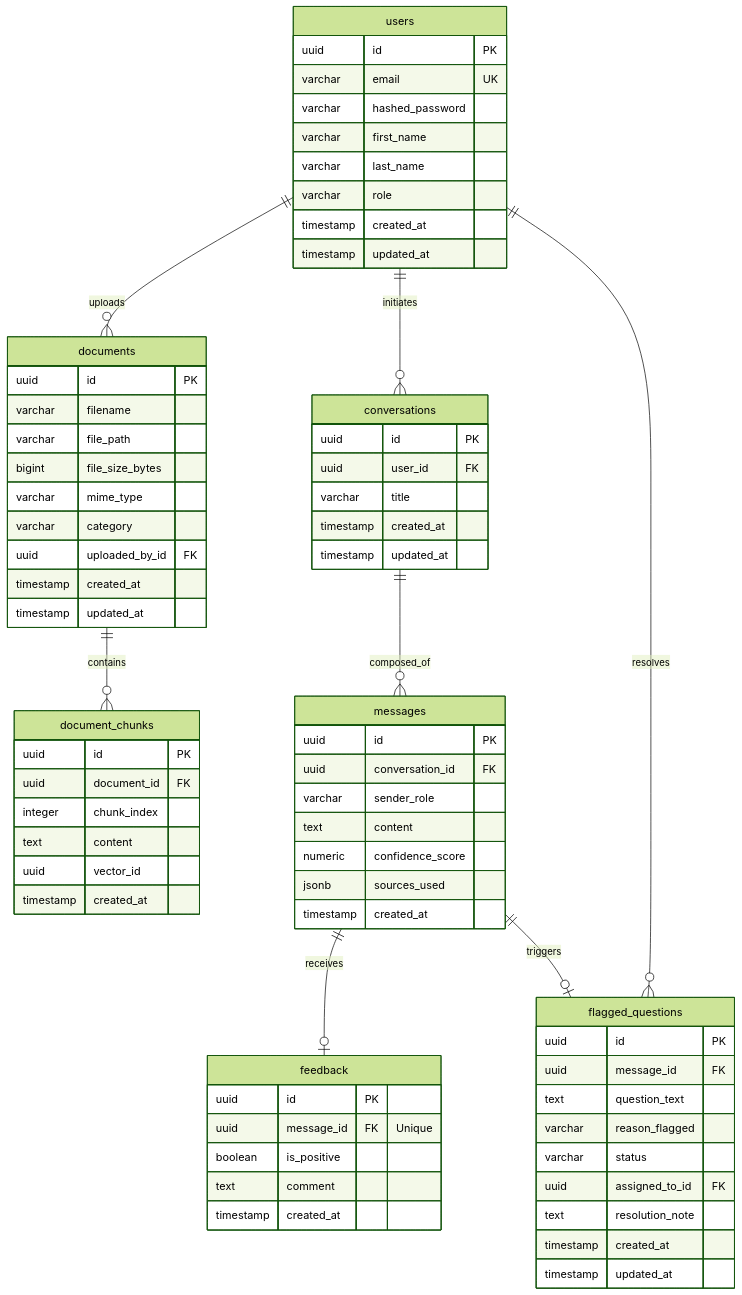
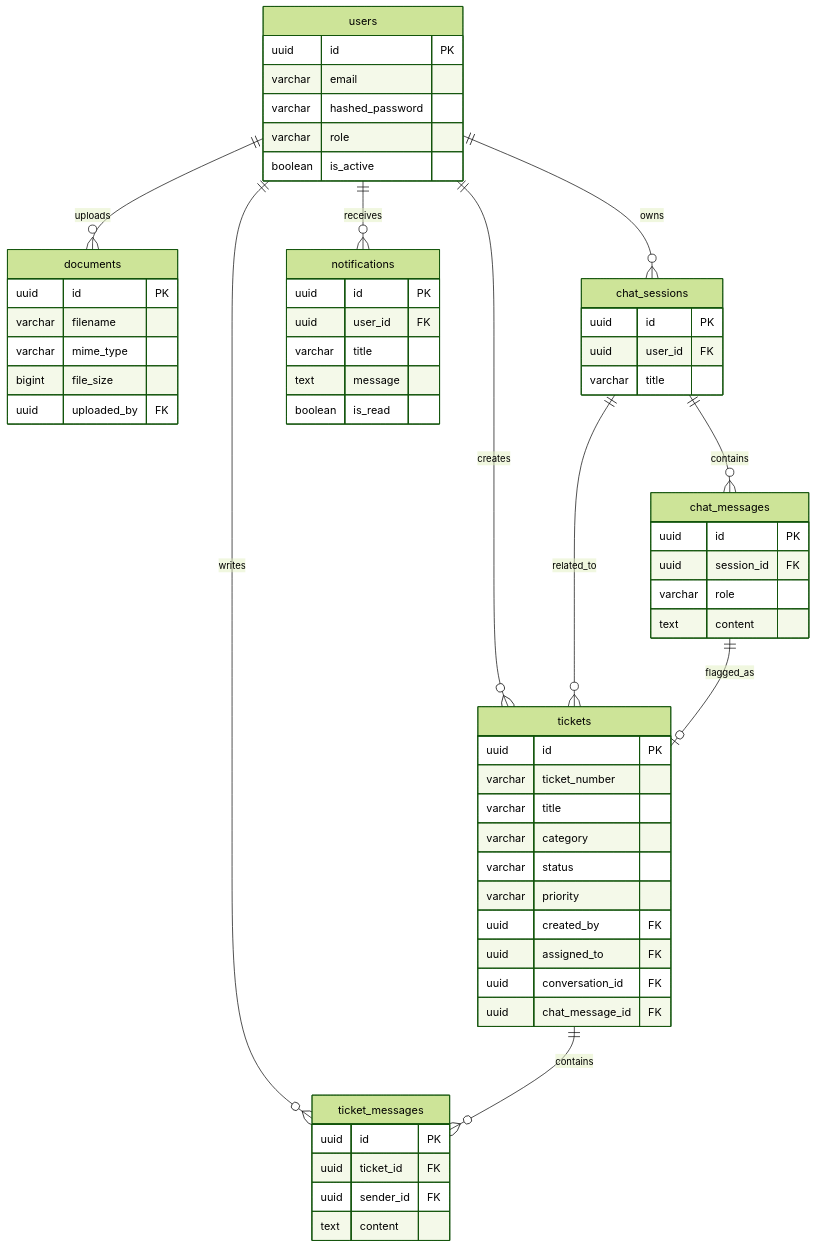
The first of 5 diagrams in support_ai_architecture_specification.md (Prithunandananks/SupportAI), drawn with Mermaid (forest theme) before and after one commit. The commit also changed other lines of this file, not shown here.

````diff
--- a/support_ai_architecture_specification.md
+++ b/support_ai_architecture_specification.md
@@ -205,80 +550,74 @@
 ```mermaid
 erDiagram
+
     users {
         uuid id PK
-        varchar email UK
+        varchar email
         varchar hashed_password
-        varchar first_name
-        varchar last_name
         varchar role
-        timestamp created_at
-        timestamp updated_at
+        boolean is_active
     }
 
     documents {
         uuid id PK
         varchar filename
-        varchar file_path
-        bigint file_size_bytes
         varchar mime_type
-        varchar category
-        uuid uploaded_by_id FK
-        timestamp created_at
-        timestamp updated_at
+        bigint file_size
+        uuid uploaded_by FK
     }
 
-    document_chunks {
-        uuid id PK
-        uuid document_id FK
-        integer chunk_index
-        text content
-        uuid vector_id
-        timestamp created_at
-    }
-
-    conversations {
+    chat_sessions {
         uuid id PK
         uuid user_id FK
         varchar title
-        timestamp created_at
-        timestamp updated_at
     }
 
-    messages {
+    chat_messages {
         uuid id PK
-        uuid conversation_id FK
-        varchar sender_role
+        uuid session_id FK
+        varchar role
         text content
-        numeric confidence_score
-        jsonb sources_used
-        timestamp created_at
     }
 
-    feedback {
+    tickets {
         uuid id PK
-        uuid message_id FK "Unique"
-        boolean is_positive
-        text comment
-        timestamp created_at
+        varchar ticket_number
+        varchar title
+        varchar category
+        varchar status
+        varchar priority
+        uuid created_by FK
+        uuid assigned_to FK
+        uuid conversation_id FK
+        uuid chat_message_id FK
     }
 
-    flagged_questions {
+    ticket_messages {
         uuid id PK
-        uuid message_id FK
-        text question_text
-        varchar reason_flagged
-        varchar status
-        uuid assigned_to_id FK
-        text resolution_note
-        timestamp created_at
-        timestamp updated_at
+        uuid ticket_id FK
+        uuid sender_id FK
+        text content
     }
 
-    users ||--o{ documents : "uploads"
-    users ||--o{ conversations : "initiates"
-    users ||--o{ flagged_questions : "resolves"
-    documents ||--o{ document_chunks : "contains"
-    conversations ||--o{ messages : "composed_of"
-    messages ||--o| feedback : "receives"
-    messages ||--o| flagged_questions : "triggers"
+    notifications {
+        uuid id PK
+        uuid user_id FK
+        varchar title
+        text message
+        boolean is_read
+    }
+
+    users ||--o{ chat_sessions : owns
+    users ||--o{ documents : uploads
+    users ||--o{ tickets : creates
+    users ||--o{ ticket_messages : writes
+    users ||--o{ notifications : receives
+
+    chat_sessions ||--o{ chat_messages : contains
+
+    chat_sessions ||--o{ tickets : related_to
+
+    chat_messages ||--o| tickets : flagged_as
+
+    tickets ||--o{ ticket_messages : contains
 ```
````
